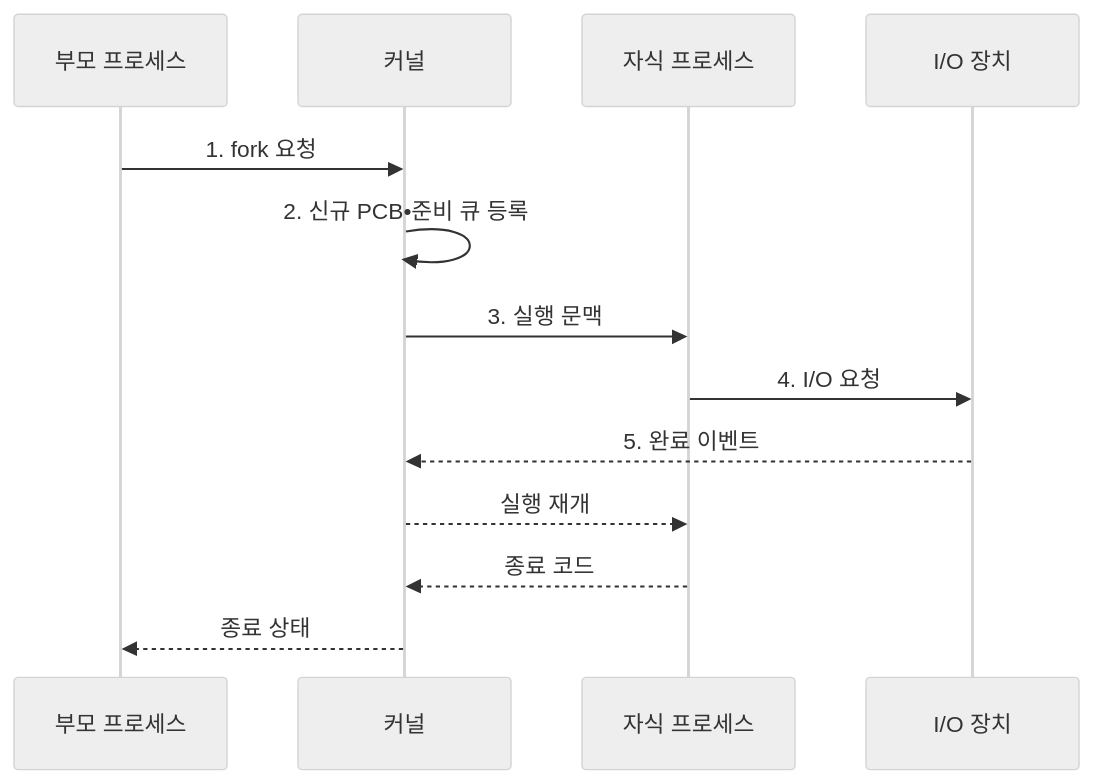
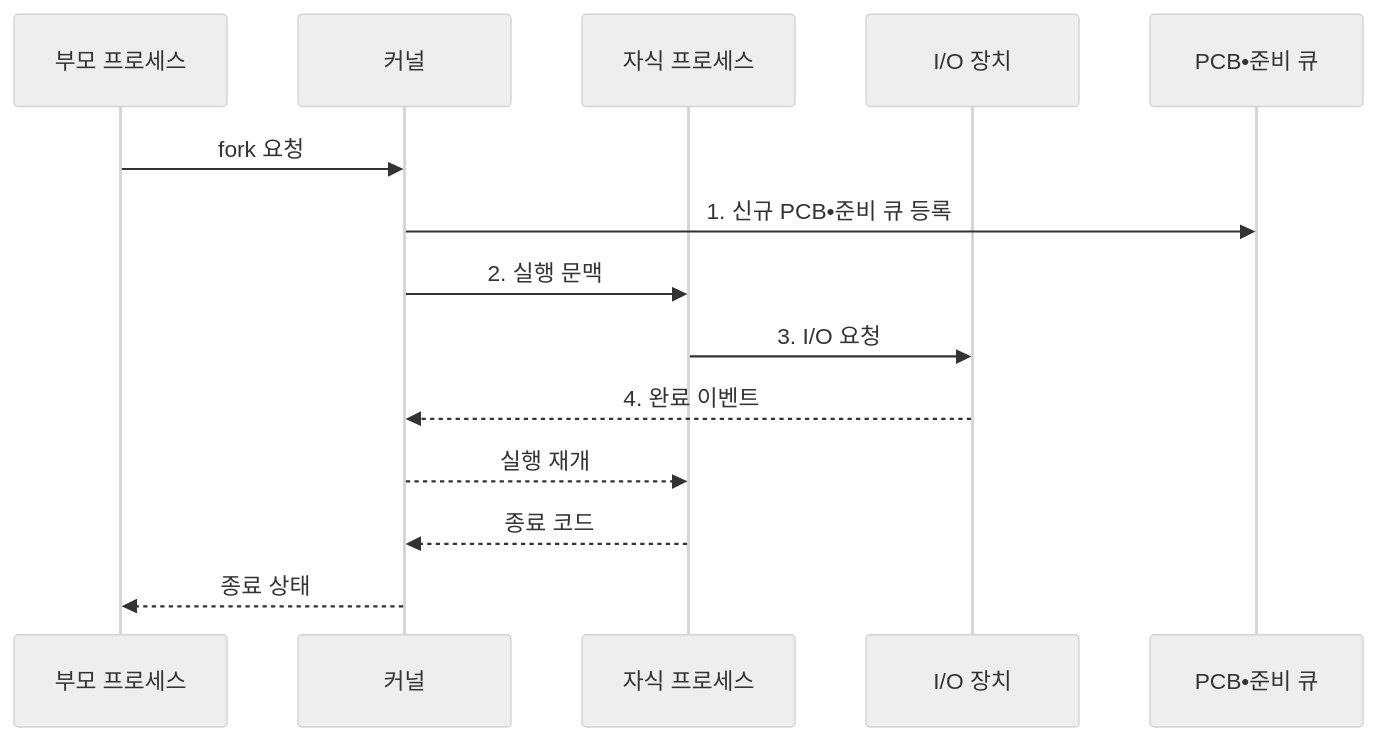
The second of 2 diagrams in src/content/docs/notes/03-software/003_process_lifecycle.md (agnusdei1207/knowledge-base), drawn with Mermaid (neutral theme) before and after one commit. The commit also changed other lines of this file and 12 other files, not shown here.

````diff
--- a/src/content/docs/notes/03-software/003_process_lifecycle.md
+++ b/src/content/docs/notes/03-software/003_process_lifecycle.md
@@ -103,15 +103,16 @@
 ```mermaid
 sequenceDiagram
     participant H as 부모 프로세스
     participant K as 커널
     participant C as 자식 프로세스
     participant D as I/O 장치
-    H->>K: 1. fork 요청
-    K->>K: 2. 신규 PCB•준비 큐 등록
-    K->>C: 3. 실행 문맥
-    C->>D: 4. I/O 요청
-    D-->>K: 5. 완료 이벤트
+    participant Q as PCB•준비 큐
+    H->>K: fork 요청
+    K->>Q: 1. 신규 PCB•준비 큐 등록
+    K->>C: 2. 실행 문맥
+    C->>D: 3. I/O 요청
+    D-->>K: 4. 완료 이벤트
     K-->>C: 실행 재개
     C-->>K: 종료 코드
     K-->>H: 종료 상태
 ```
````
